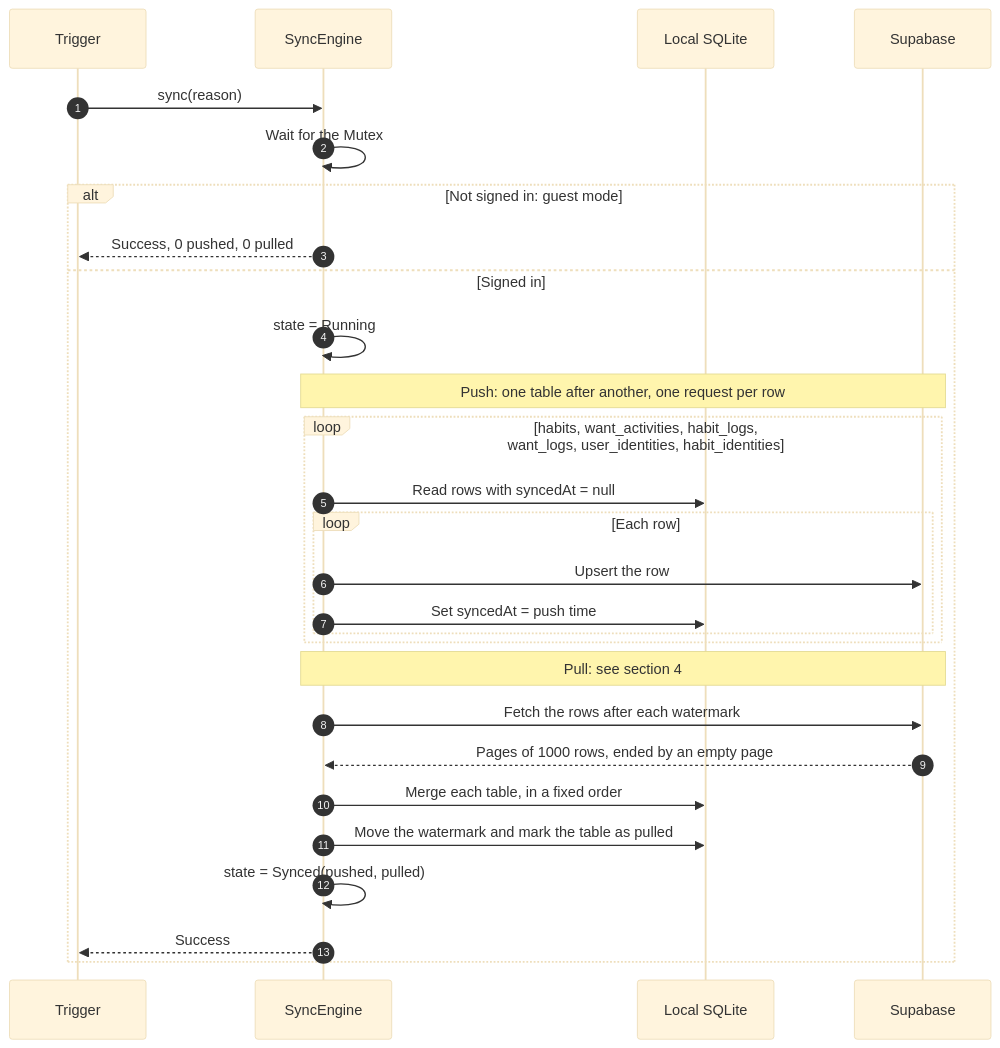
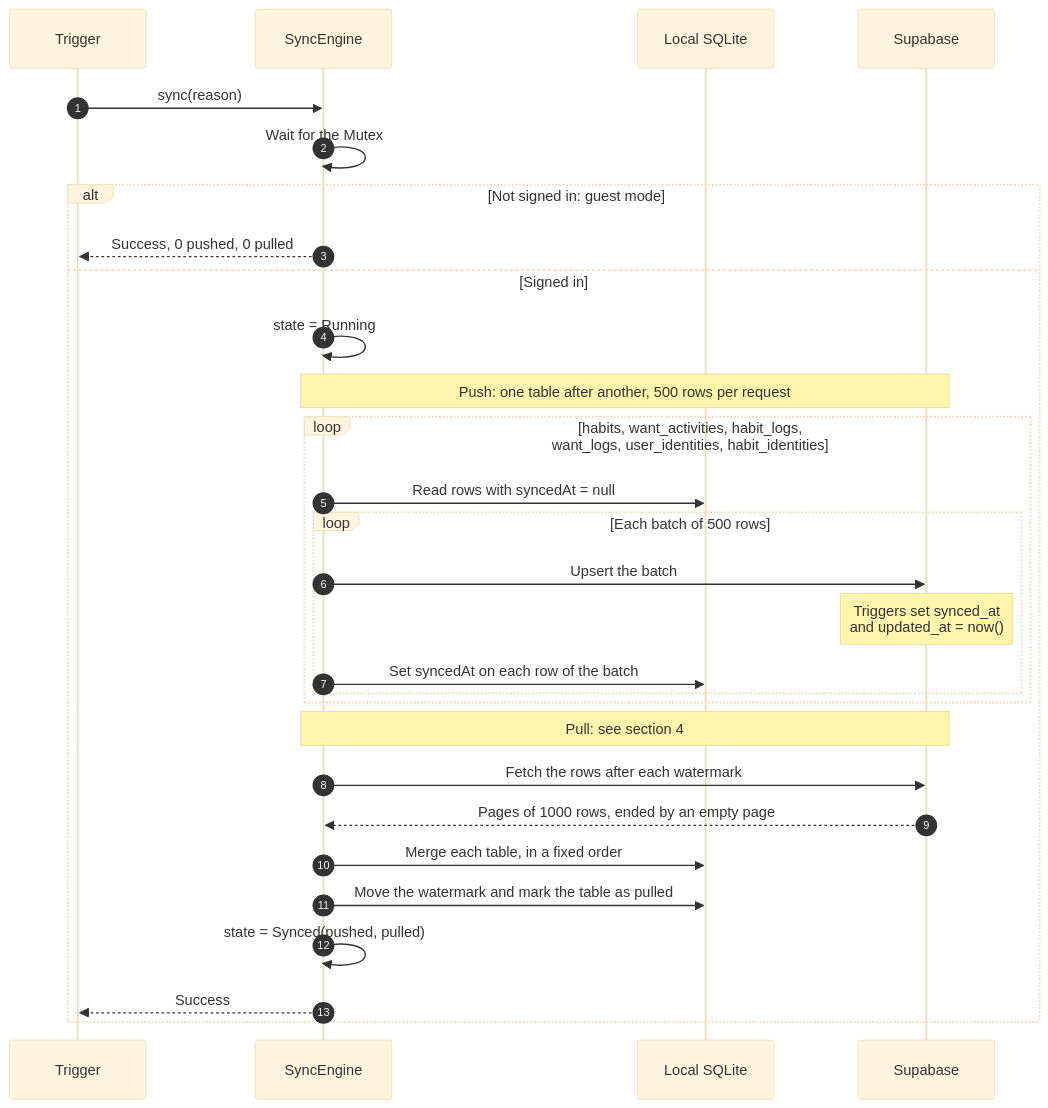
One commit to jokot/habit-tracker changed the third of 11 diagrams in docs/sync-flow.md. Above: the diagram before and after it, drawn with Mermaid (base theme). The commit also changed other lines of this file and 9 other files, not shown here.

First line of the commit message:
fix(sync): batch the push, and let the server set the sync times

````diff
--- a/docs/sync-flow.md
+++ b/docs/sync-flow.md
@@ -71,31 +71,32 @@
 ```mermaid
 sequenceDiagram
     autonumber
     participant T as Trigger
     participant E as SyncEngine
     participant L as Local SQLite
     participant S as Supabase
 
     T->>E: sync(reason)
     E->>E: Wait for the Mutex
     alt Not signed in: guest mode
         E-->>T: Success, 0 pushed, 0 pulled
     else Signed in
         E->>E: state = Running
-        Note over E,S: Push: one table after another, one request per row
+        Note over E,S: Push: one table after another, 500 rows per request
         loop habits, want_activities, habit_logs,<br/>want_logs, user_identities, habit_identities
             E->>L: Read rows with syncedAt = null
-            loop Each row
-                E->>S: Upsert the row
-                E->>L: Set syncedAt = push time
+            loop Each batch of 500 rows
+                E->>S: Upsert the batch
+                Note over S: Triggers set synced_at<br/>and updated_at = now()
+                E->>L: Set syncedAt on each row of the batch
             end
         end
         Note over E,S: Pull: see section 4
         E->>S: Fetch the rows after each watermark
         S-->>E: Pages of 1000 rows, ended by an empty page
         E->>L: Merge each table, in a fixed order
         E->>L: Move the watermark and mark the table as pulled
         E->>E: state = Synced(pushed, pulled)
         E-->>T: Success
     end
 ```
````
